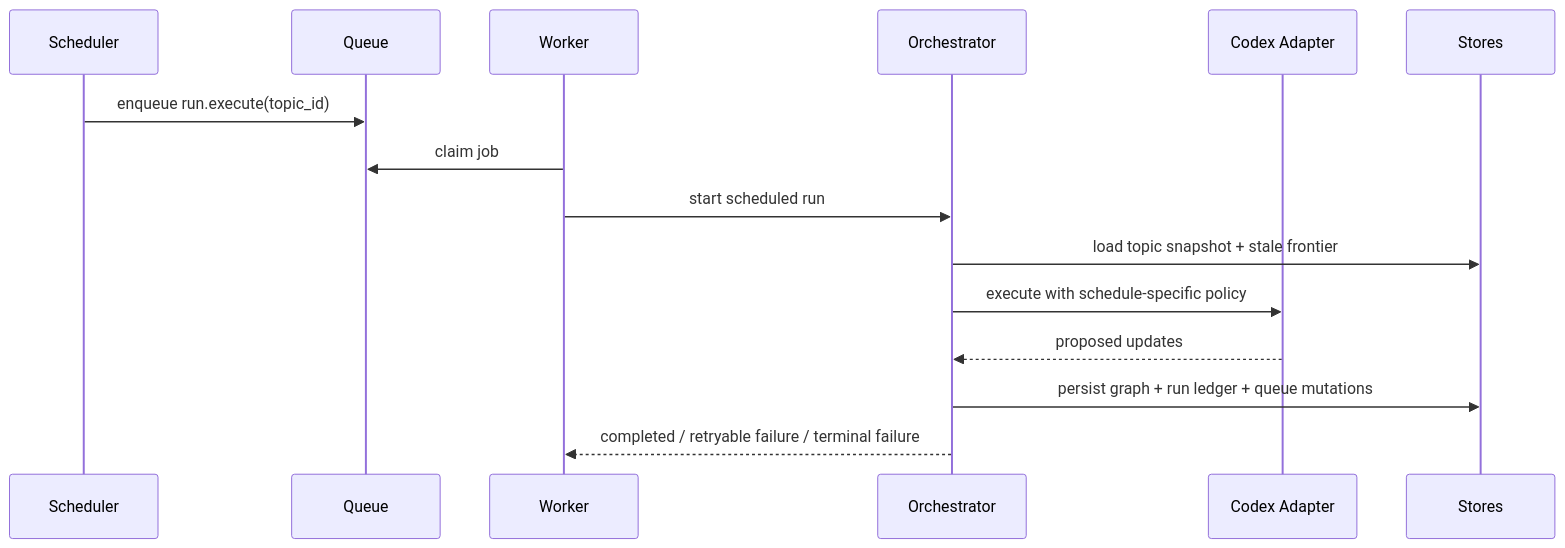
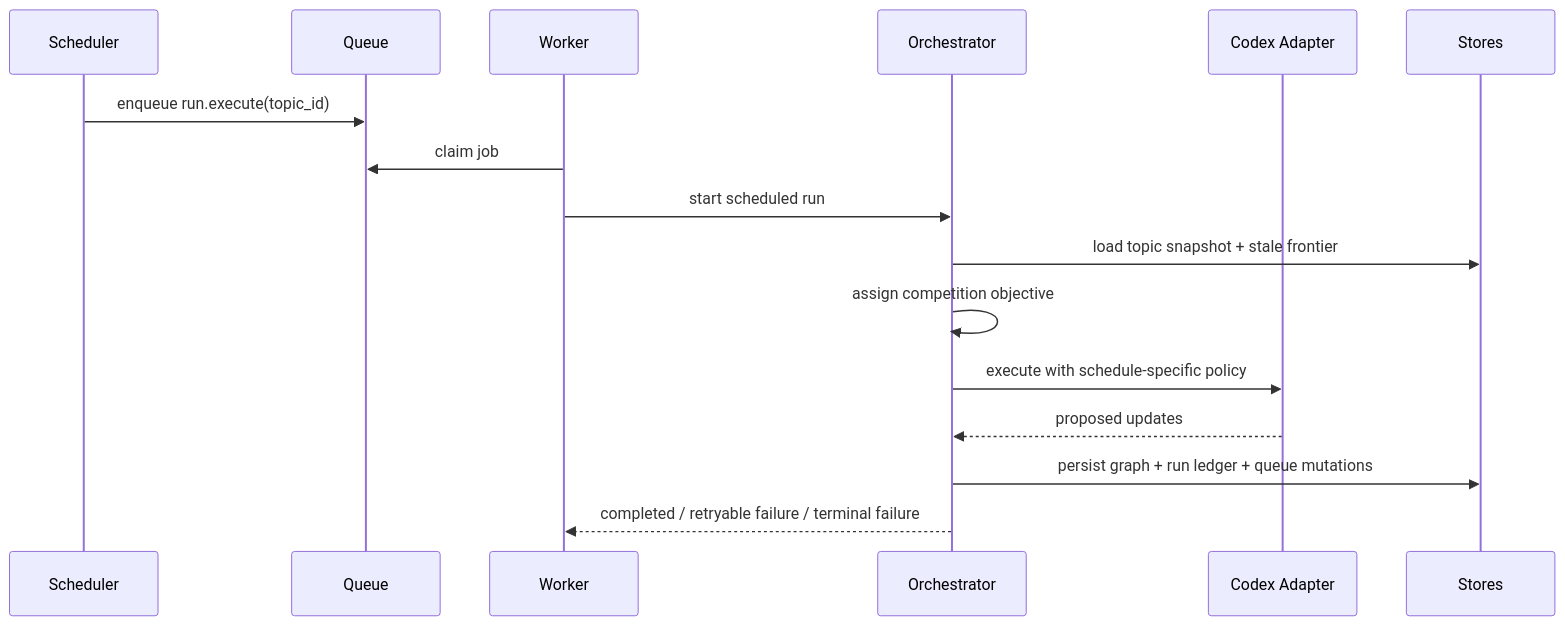
The fourth of 4 diagrams in ARCH.md (winehouse8/codex_continual_research_bot), drawn with Mermaid before and after one commit. The commit also changed other lines of this file and 1 other file, not shown here.

First line of the commit message:
docs(spec): add hypothesis competition pressure

````diff
--- a/ARCH.md
+++ b/ARCH.md
@@ -450,18 +494,19 @@
 ```mermaid
 sequenceDiagram
     participant SC as Scheduler
     participant Q as Queue
     participant WK as Worker
     participant OR as Orchestrator
     participant CA as Codex Adapter
     participant DB as Stores
 
     SC->>Q: enqueue run.execute(topic_id)
     WK->>Q: claim job
     WK->>OR: start scheduled run
     OR->>DB: load topic snapshot + stale frontier
+    OR->>OR: assign competition objective
     OR->>CA: execute with schedule-specific policy
     CA-->>OR: proposed updates
     OR->>DB: persist graph + run ledger + queue mutations
     OR-->>WK: completed / retryable failure / terminal failure
 ```
````
